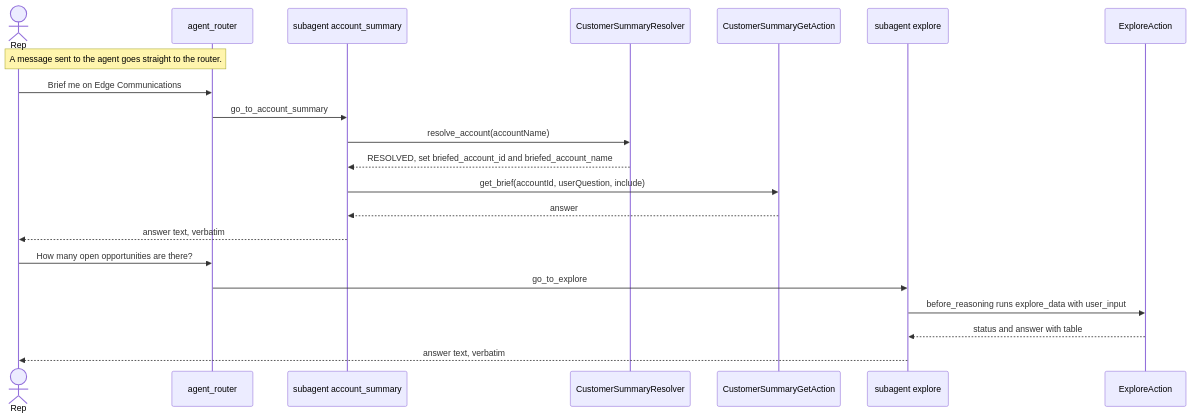
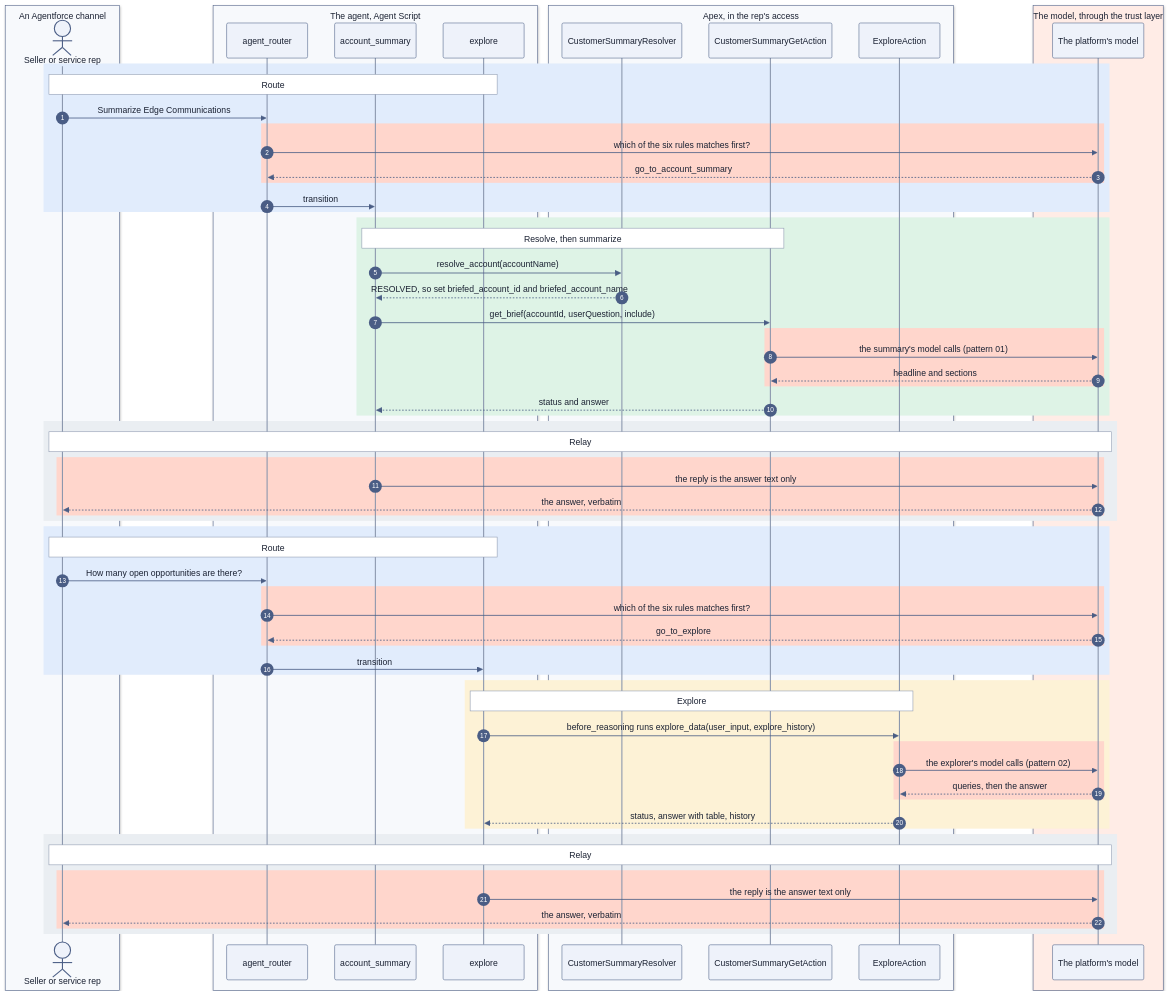
Before and after one commit to nelsben/generic-agent: the diagram in docs/patterns/06-agent-routing-and-verbatim-relay.md, drawn with Mermaid. The commit also changed other lines of this file and 2 other files, not shown here.

First line of the commit message:
OPS-44: pattern 06 becomes a short appendix on the optional Agentforce agent; quick-start change for OPS-36

````diff
--- a/docs/patterns/06-agent-routing-and-verbatim-relay.md
+++ b/docs/patterns/06-agent-routing-and-verbatim-relay.md
@@ -28,23 +13,73 @@
 ```mermaid
+%%{init: {"theme": "base", "themeVariables": {"fontFamily": "-apple-system, BlinkMacSystemFont, Segoe UI, Helvetica, Arial, sans-serif", "fontSize": "15px", "primaryColor": "#EEF2FA", "primaryBorderColor": "#4A5D85", "primaryTextColor": "#1B2233", "secondaryColor": "#F4F6F9", "tertiaryColor": "#FFFFFF", "lineColor": "#4A5D85", "textColor": "#1B2233", "actorBkg": "#EEF2FA", "actorBorder": "#4A5D85", "actorTextColor": "#1B2233", "actorLineColor": "#8A96AD", "signalColor": "#4A5D85", "signalTextColor": "#1B2233", "labelBoxBkgColor": "#FFFFFF", "labelBoxBorderColor": "#4A5D85", "labelTextColor": "#1B2233", "loopTextColor": "#1B2233", "noteBkgColor": "#FFFFFF", "noteBorderColor": "#8A96AD", "noteTextColor": "#1B2233", "sequenceNumberColor": "#FFFFFF", "activationBkgColor": "#DDE4F2", "activationBorderColor": "#4A5D85", "clusterBkg": "#F7F9FC", "clusterBorder": "#8A96AD", "edgeLabelBackground": "#FFFFFF"}}}%%
 sequenceDiagram
-    actor U as Rep
-    participant R as agent_router
-    participant AB as subagent account_summary
-    participant RA as CustomerSummaryResolver
-    participant GA as CustomerSummaryGetAction
-    participant EX as subagent explore
-    participant EA as ExploreAction
-    Note over U,R: A message sent to the agent goes straight to the router.
-    U->>R: Brief me on Edge Communications
-    R->>AB: go_to_account_summary
-    AB->>RA: resolve_account(accountName)
-    RA-->>AB: RESOLVED, set briefed_account_id and briefed_account_name
-    AB->>GA: get_brief(accountId, userQuestion, include)
-    GA-->>AB: answer
-    AB-->>U: answer text, verbatim
-    U->>R: How many open opportunities are there?
-    R->>EX: go_to_explore
-    EX->>EA: before_reasoning runs explore_data with user_input
-    EA-->>EX: status and answer with table
-    EX-->>U: answer text, verbatim
+    autonumber
+    box rgb(247, 249, 252) An Agentforce channel
+        actor U as Seller or service rep
+    end
+    box rgb(247, 249, 252) The agent, Agent Script
+        participant R as agent_router
+        participant AS as account_summary
+        participant EX as explore
+    end
+    box rgb(247, 249, 252) Apex, in the rep's access
+        participant RA as CustomerSummaryResolver
+        participant GA as CustomerSummaryGetAction
+        participant EA as ExploreAction
+    end
+    box rgb(255, 236, 230) The model, through the trust layer
+        participant L as The platform's model
+    end
+    rect rgb(225, 236, 252)
+        Note over U,EX: Route
+        U->>R: Summarize Edge Communications
+        rect rgb(255, 214, 204)
+            R->>L: which of the six rules matches first?
+            L-->>R: go_to_account_summary
+        end
+        R->>AS: transition
+    end
+    rect rgb(222, 243, 230)
+        Note over AS,GA: Resolve, then summarize
+        AS->>RA: resolve_account(accountName)
+        RA-->>AS: RESOLVED, so set briefed_account_id and briefed_account_name
+        AS->>GA: get_brief(accountId, userQuestion, include)
+        rect rgb(255, 214, 204)
+            GA->>L: the summary's model calls (pattern 01)
+            L-->>GA: headline and sections
+        end
+        GA-->>AS: status and answer
+    end
+    rect rgb(234, 238, 242)
+        Note over U,L: Relay
+        rect rgb(255, 214, 204)
+            AS->>L: the reply is the answer text only
+            L-->>U: the answer, verbatim
+        end
+    end
+    rect rgb(225, 236, 252)
+        Note over U,EX: Route
+        U->>R: How many open opportunities are there?
+        rect rgb(255, 214, 204)
+            R->>L: which of the six rules matches first?
+            L-->>R: go_to_explore
+        end
+        R->>EX: transition
+    end
+    rect rgb(253, 242, 214)
+        Note over EX,EA: Explore
+        EX->>EA: before_reasoning runs explore_data(user_input, explore_history)
+        rect rgb(255, 214, 204)
+            EA->>L: the explorer's model calls (pattern 02)
+            L-->>EA: queries, then the answer
+        end
+        EA-->>EX: status, answer with table, history
+    end
+    rect rgb(234, 238, 242)
+        Note over U,L: Relay
+        rect rgb(255, 214, 204)
+            EX->>L: the reply is the answer text only
+            L-->>U: the answer, verbatim
+        end
+    end
 ```
````
